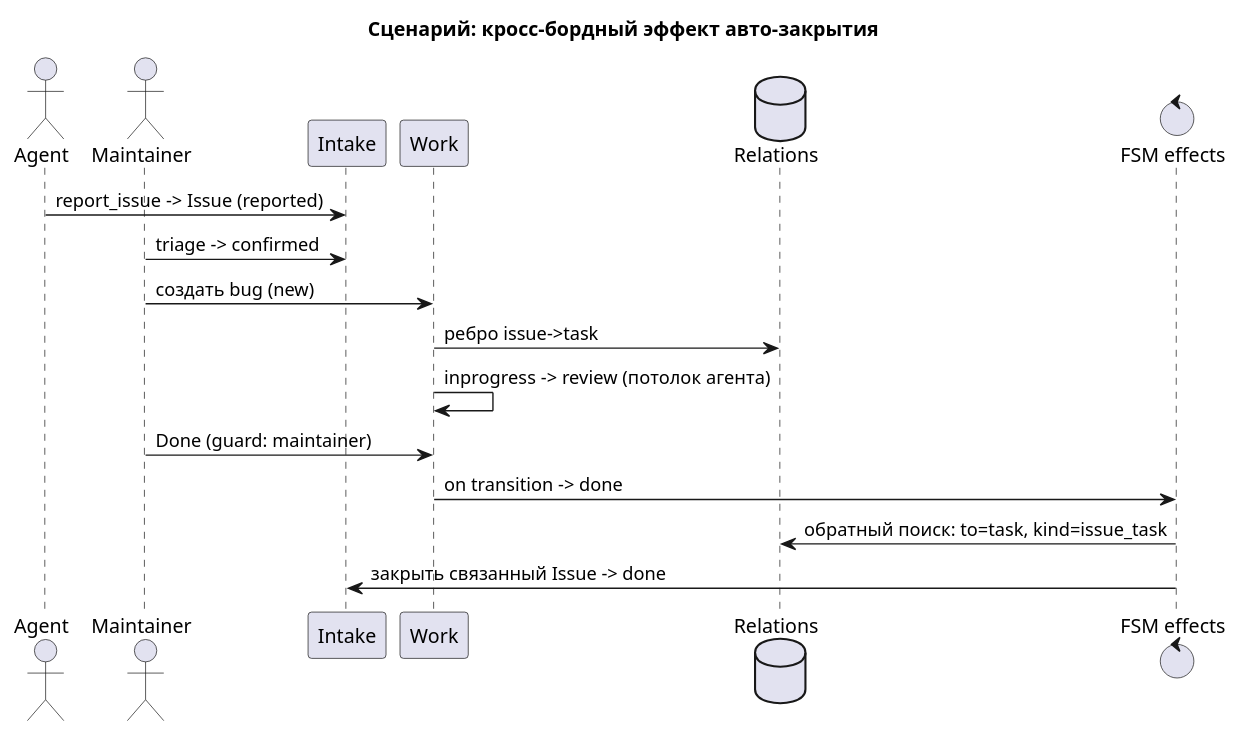
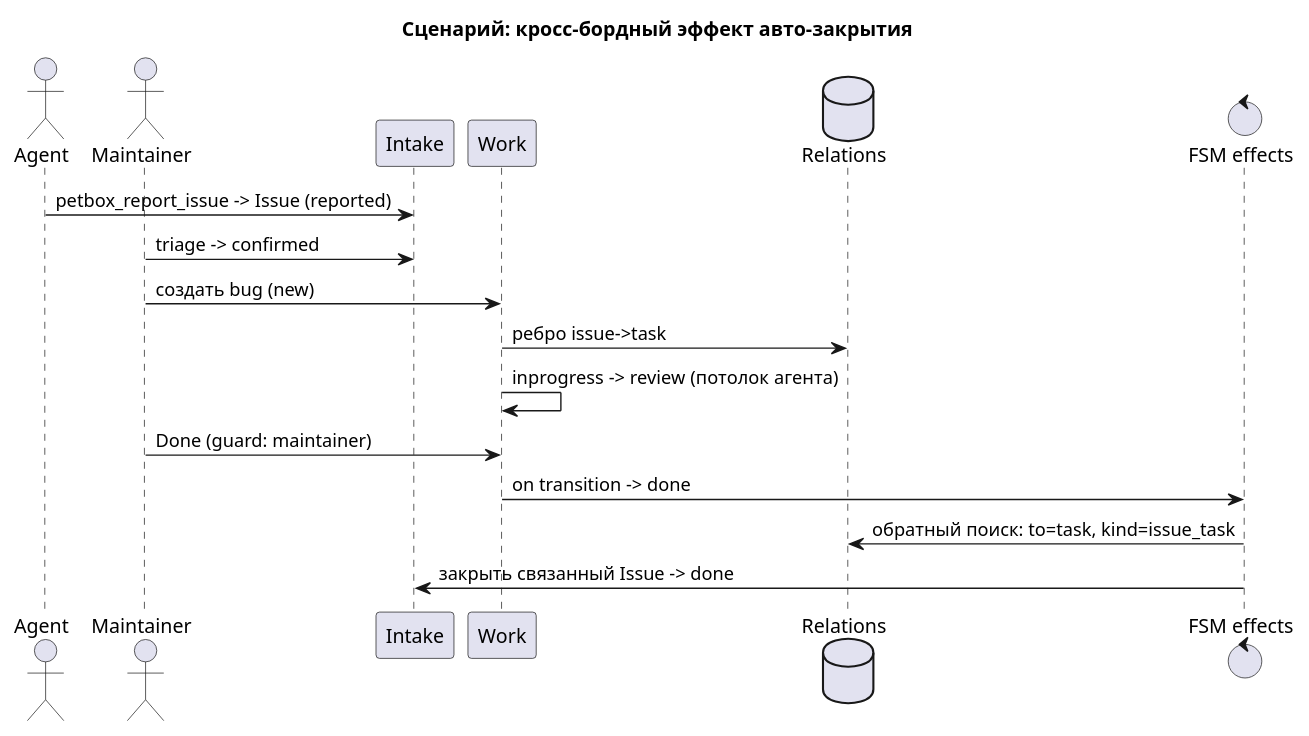
The sixth of 7 diagrams in doc/design/tasks-methodology.puml (stdray/petbox), drawn with PlantUML before and after one commit. The commit also changed 14 other files, not shown here.

First line of the commit message:
feat(mcp): rename report_issue -> petbox_report_issue, hard cut

```diff
--- a/doc/design/tasks-methodology.puml
+++ b/doc/design/tasks-methodology.puml
@@ -108,19 +108,19 @@
 @startuml 6-effect-autoclose
 title Сценарий: кросс-бордный эффект авто-закрытия
 actor Agent
 actor Maintainer as M
 participant "Intake" as I
 participant "Work" as W
 database "Relations" as R
 control "FSM effects" as FX
 
-Agent -> I : report_issue -> Issue (reported)
+Agent -> I : petbox_report_issue -> Issue (reported)
 M -> I : triage -> confirmed
 M -> W : создать bug (new)
 W -> R : ребро issue->task
 W -> W : inprogress -> review (потолок агента)
 M -> W : Done (guard: maintainer)
 W -> FX : on transition -> done
 FX -> R : обратный поиск: to=task, kind=issue_task
 FX -> I : закрыть связанный Issue -> done
 @enduml
```
